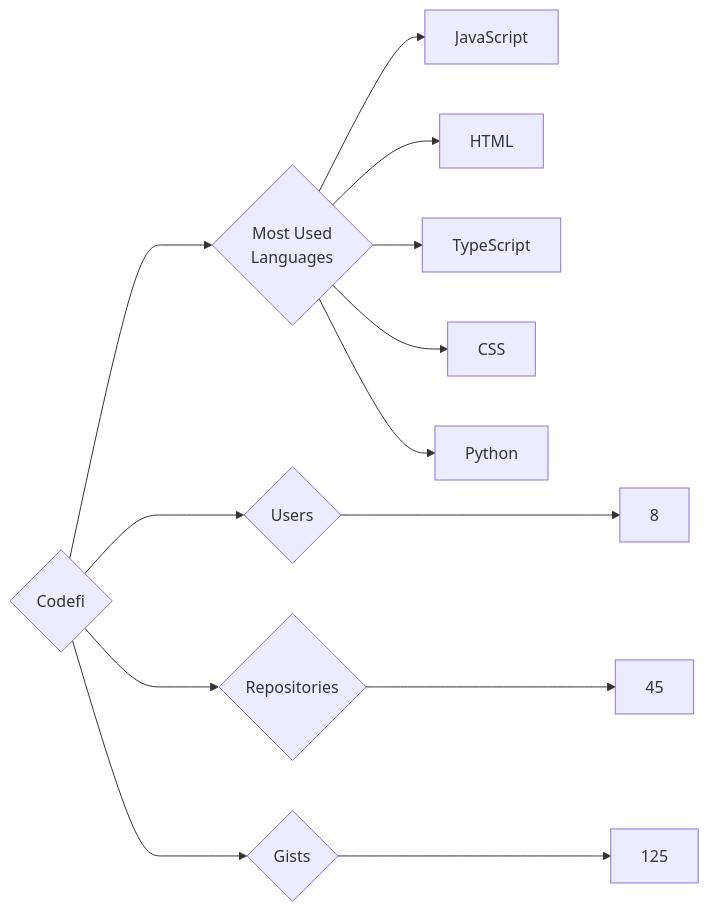
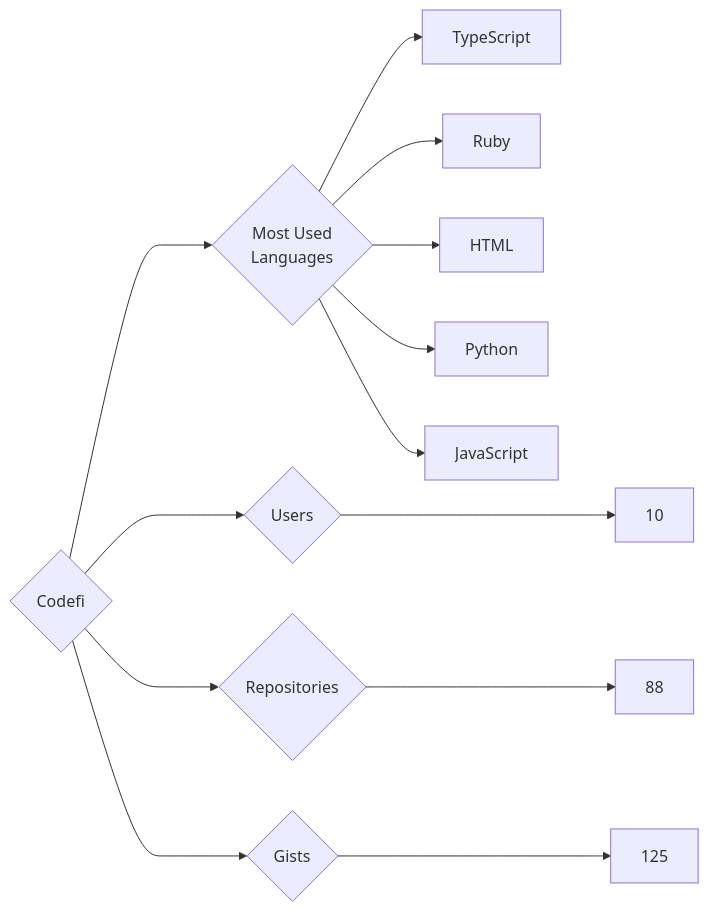
Before and after one commit to trickest/insiders: the diagram in targets/Codefi/README.md, drawn with Mermaid. The commit also changed 718 other files, not shown here.

````diff
--- a/targets/Codefi/README.md
+++ b/targets/Codefi/README.md
@@ -3,13 +3,13 @@
 ```mermaid
 graph LR
 COMPANY_NAME{Codefi}
-COMPANY_NAME ---> U{Users} ---> UN[8]
-COMPANY_NAME ---> R{Repositories} ---> RN[45]
+COMPANY_NAME ---> U{Users} ---> UN[10]
+COMPANY_NAME ---> R{Repositories} ---> RN[88]
 COMPANY_NAME ---> G{Gists} ---> GN[125]
 COMPANY_NAME ---> ML{Most Used<br>Languages}
+ML --> TypeScript[TypeScript]
+ML --> Ruby[Ruby]
+ML --> HTML[HTML]
+ML --> Python[Python]
 ML --> JavaScript[JavaScript]
-ML --> HTML[HTML]
-ML --> TypeScript[TypeScript]
-ML --> CSS[CSS]
-ML --> Python[Python]
 ```
````
